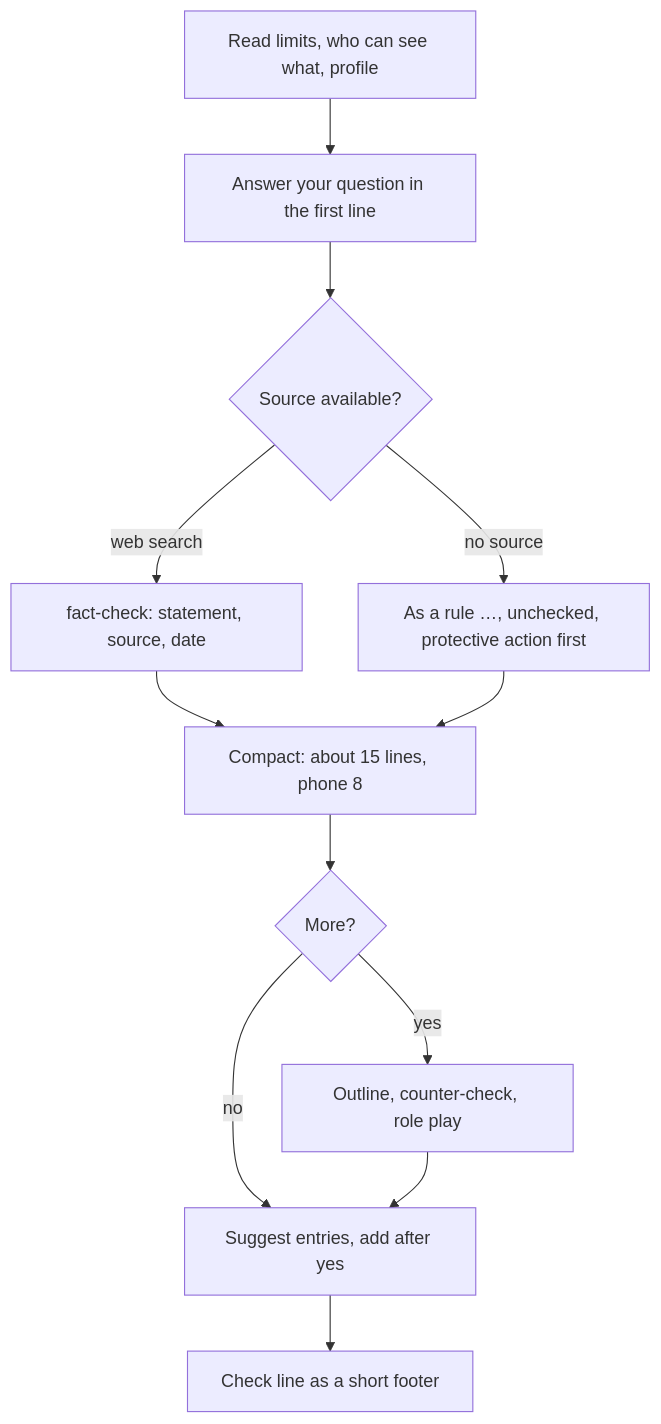
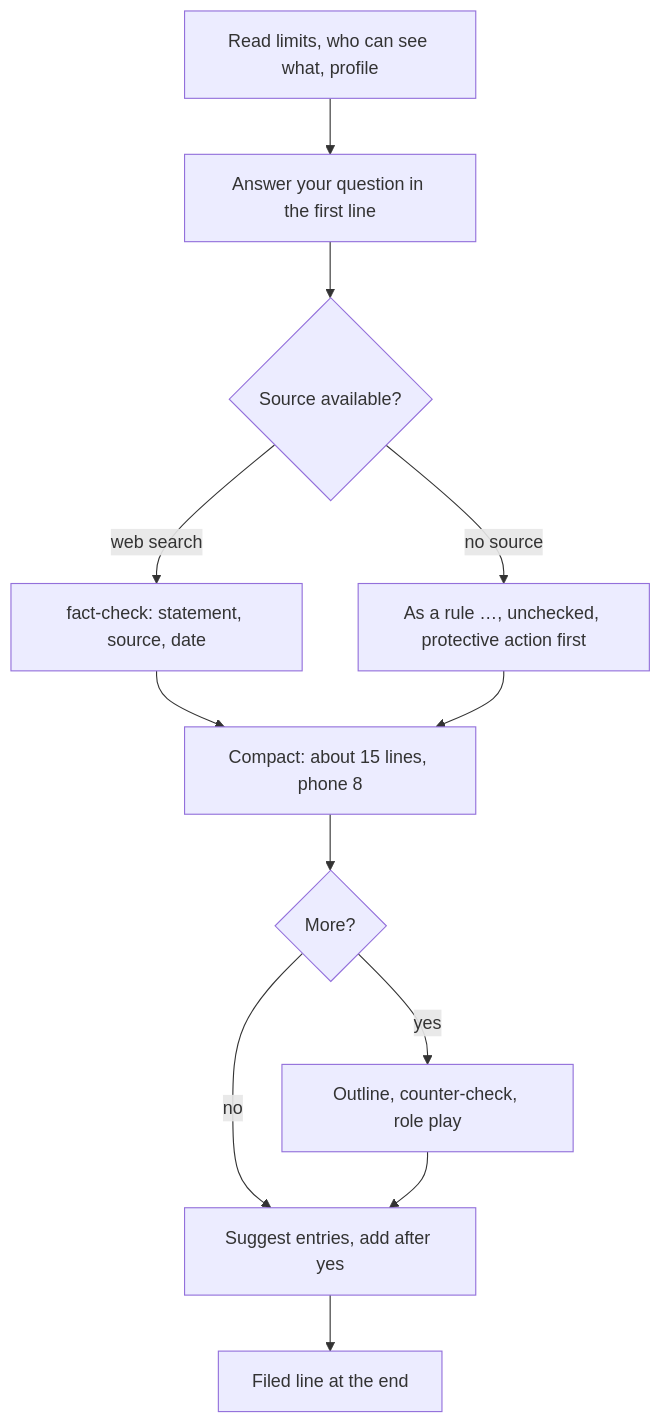
Before and after one commit to pinakes-io/second-brain-kit: the diagram in skills/appointment-prep.md, drawn with Mermaid. The commit also changed other lines of this file and 38 other files, not shown here.

Commit message:
Check line at the top (F72), no upload budget (F75), F67, F68

````diff
--- a/skills/appointment-prep.md
+++ b/skills/appointment-prep.md
@@ -25,14 +25,14 @@
 ```mermaid
 flowchart TD
   A["Read limits, who can see what, profile"] --> B["Answer your question in the first line"]
   B --> C{"Source available?"}
   C -- "web search" --> D["fact-check: statement, source, date"]
   C -- "no source" --> E["As a rule …, unchecked, protective action first"]
   D --> F["Compact: about 15 lines, phone 8"]
   E --> F
   F --> G{"More?"}
   G -- "yes" --> H["Outline, counter-check, role play"]
   G -- "no" --> I["Suggest entries, add after yes"]
   H --> I
-  I --> J["Check line as a short footer"]
+  I --> J["Filed line at the end"]
 ```
````
